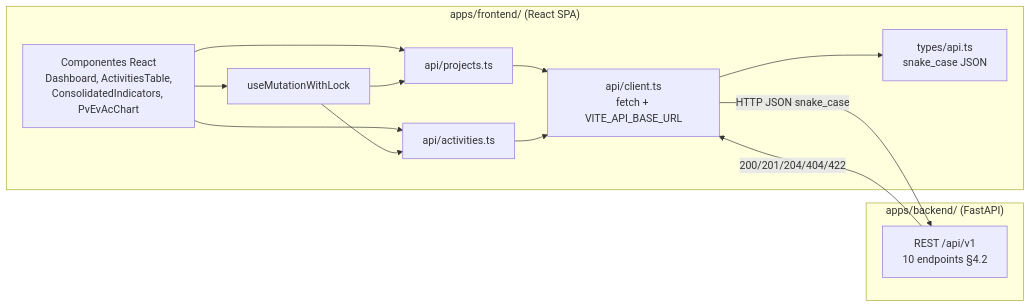
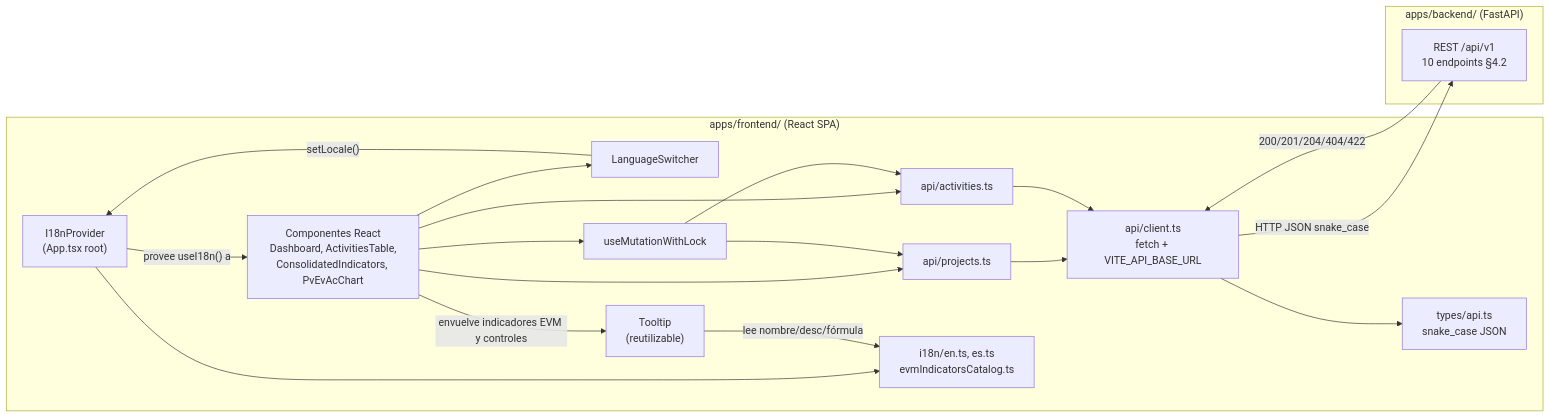
Before and after one commit to pablo3dev/evm_calculator: the diagram in .makia/docs/specs/apps/frontend/evm-project-tool-frontend/design.md, drawn with Mermaid. The commit also changed other lines of this file and 34 other files, not shown here.

````diff
--- a/.makia/docs/specs/apps/frontend/evm-project-tool-frontend/design.md
+++ b/.makia/docs/specs/apps/frontend/evm-project-tool-frontend/design.md
@@ -32,26 +34,36 @@
 ```mermaid
 flowchart LR
     subgraph Frontend["apps/frontend/ (React SPA)"]
+        I18nProv["I18nProvider<br/>(App.tsx root)"]
         UI["Componentes React<br/>Dashboard, ActivitiesTable,<br/>ConsolidatedIndicators, PvEvAcChart"]
+        LangSwitch["LanguageSwitcher"]
+        Tooltip["Tooltip<br/>(reutilizable)"]
         Hook["useMutationWithLock"]
         ApiClient["api/client.ts<br/>fetch + VITE_API_BASE_URL"]
         ApiProjects["api/projects.ts"]
         ApiActivities["api/activities.ts"]
         Types["types/api.ts<br/>snake_case JSON"]
+        I18nDict["i18n/en.ts, es.ts<br/>evmIndicatorsCatalog.ts"]
     end
 
     subgraph Backend["apps/backend/ (FastAPI)"]
         REST["REST /api/v1<br/>10 endpoints §4.2"]
     end
 
+    I18nProv -->|"provee useI18n() a"| UI
+    I18nProv --> I18nDict
+    UI --> LangSwitch
+    LangSwitch -->|"setLocale()"| I18nProv
+    UI -->|"envuelve indicadores EVM y controles"| Tooltip
+    Tooltip -->|"lee nombre/desc/fórmula"| I18nDict
     UI --> Hook
     UI --> ApiProjects
     UI --> ApiActivities
     Hook --> ApiProjects
     Hook --> ApiActivities
     ApiProjects --> ApiClient
     ApiActivities --> ApiClient
     ApiClient --> Types
     ApiClient -->|"HTTP JSON snake_case"| REST
     REST -->|"200/201/204/404/422"| ApiClient
 ```
````
